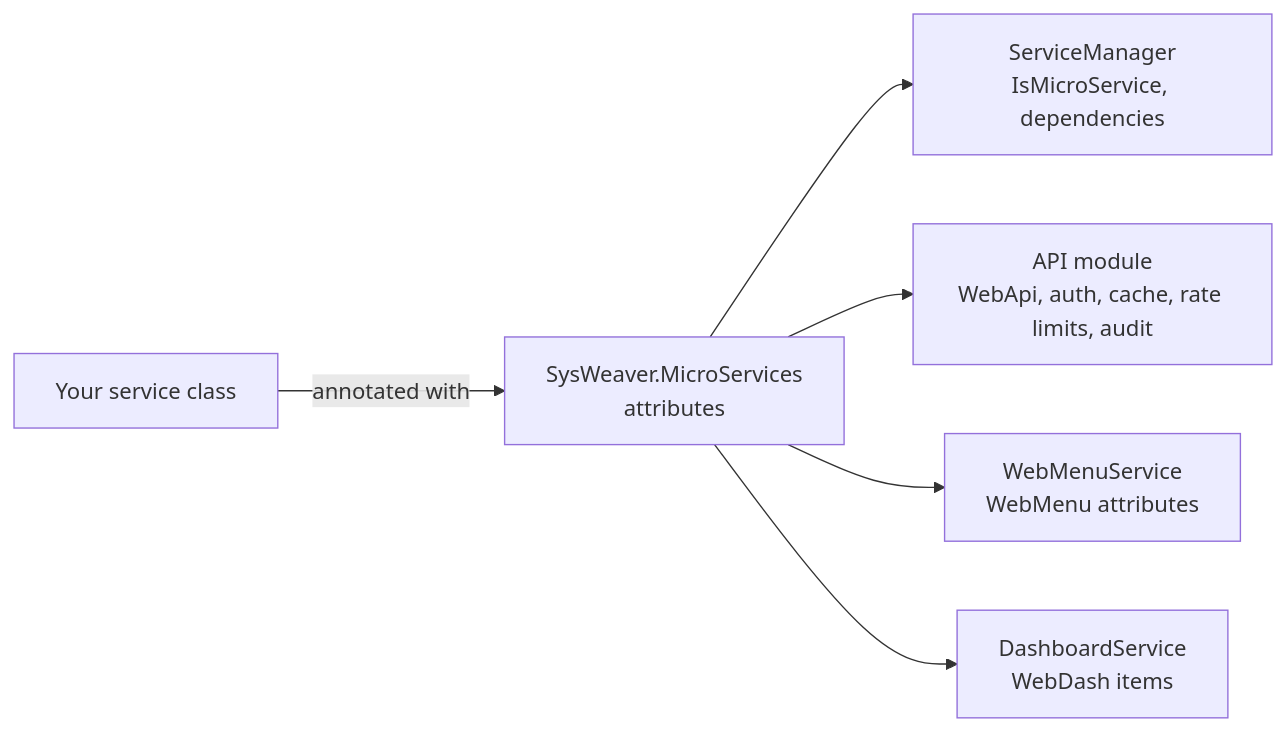
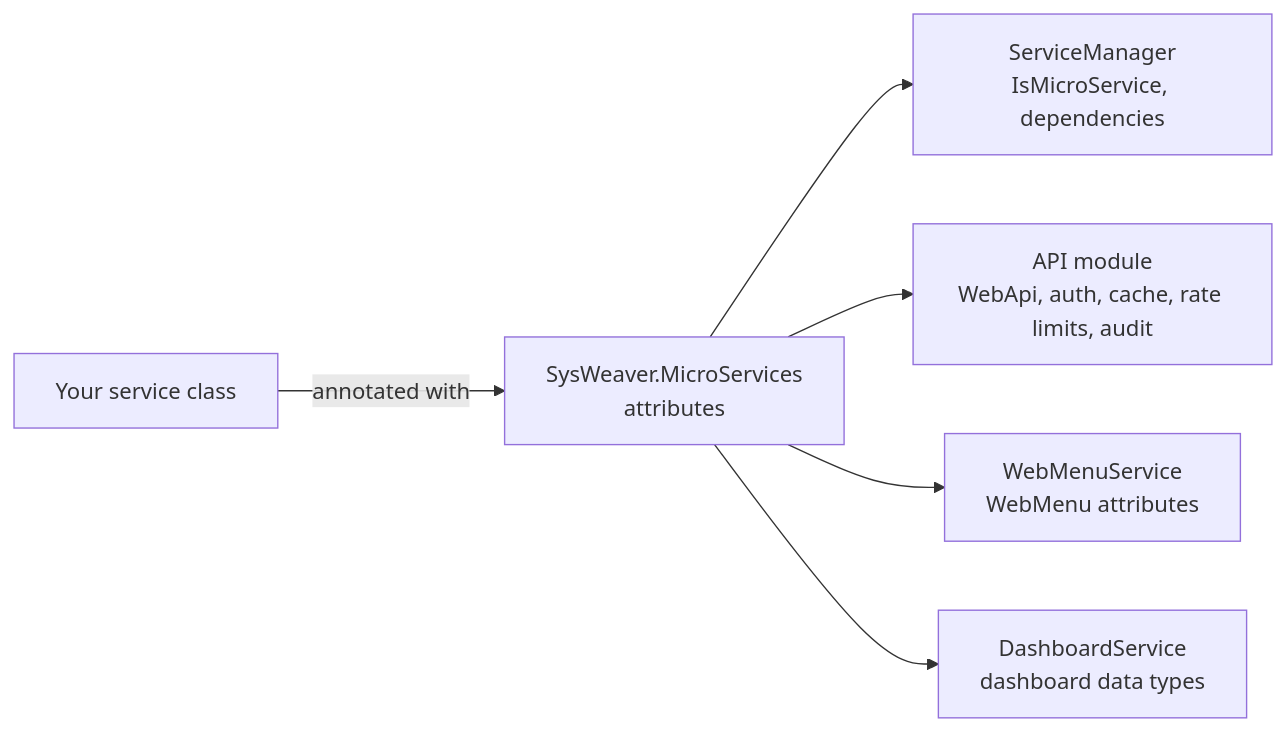
Before and after one commit to dosh1974/SysWeaver: the diagram in SysWeaver.MicroServices/README.md, drawn with Mermaid. The commit also changed other lines of this file and 532 other files, not shown here.

````diff
--- a/SysWeaver.MicroServices/README.md
+++ b/SysWeaver.MicroServices/README.md
@@ -18,8 +18,8 @@
 ```mermaid
 flowchart LR
   Svc["Your service class"] -->|annotated with| Attr["SysWeaver.MicroServices<br/>attributes"]
   Attr --> SM["ServiceManager<br/>IsMicroService, dependencies"]
   Attr --> Api["API module<br/>WebApi, auth, cache, rate limits, audit"]
   Attr --> Menu["WebMenuService<br/>WebMenu attributes"]
-  Attr --> Dash["DashboardService<br/>WebDash items"]
+  Attr --> Dash["DashboardService<br/>dashboard data types"]
 ```
````
